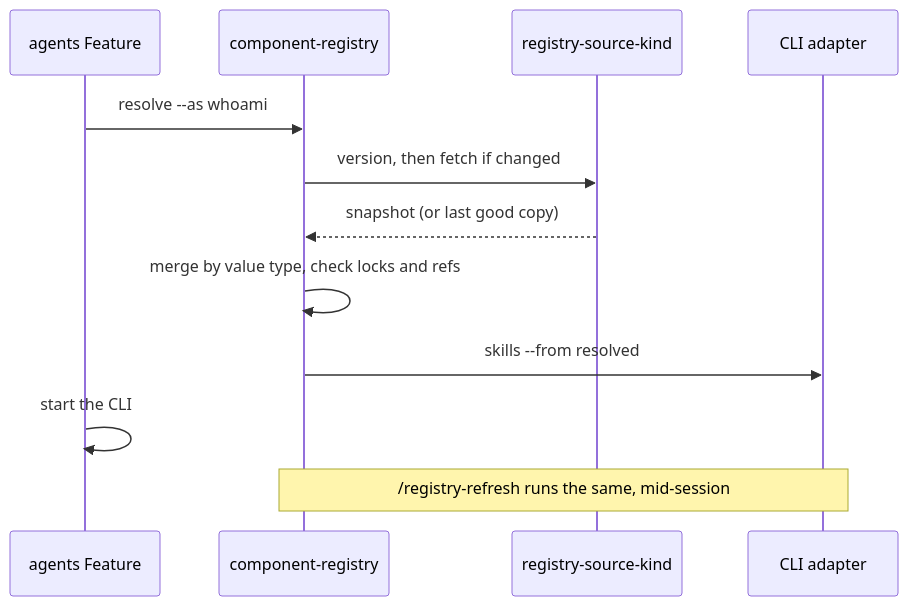
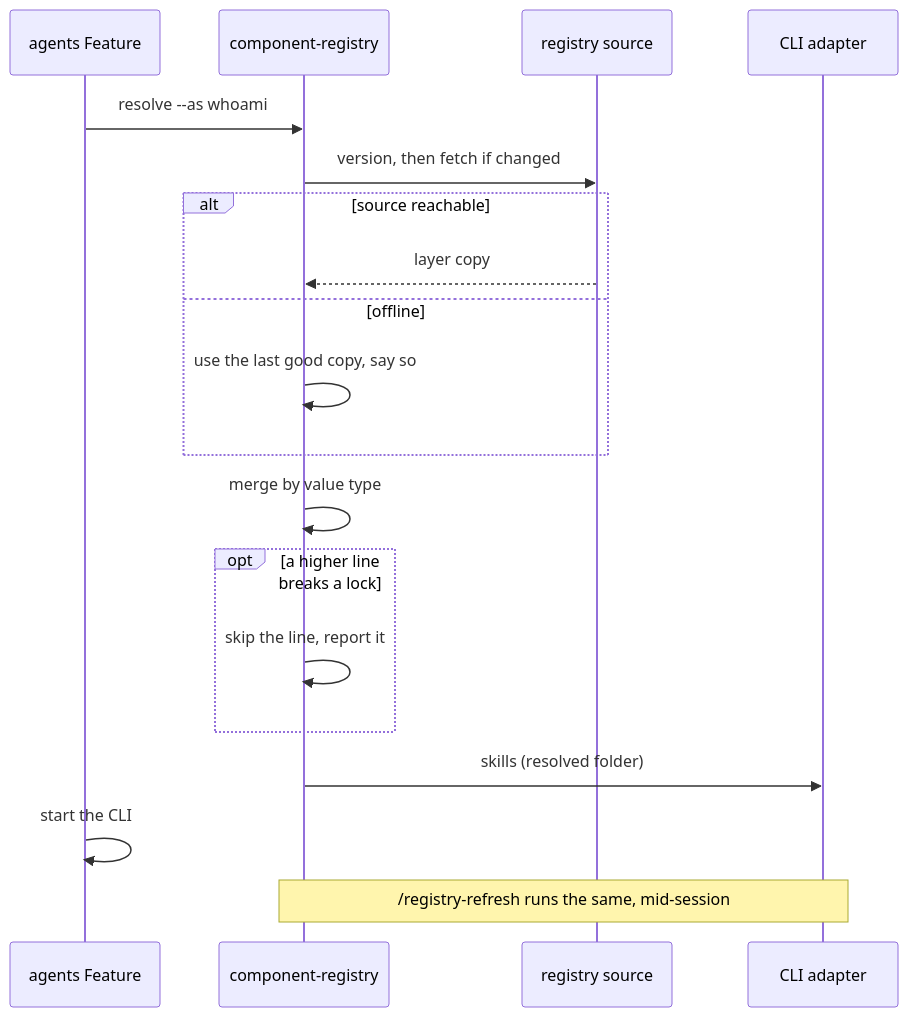
The third of 7 diagrams in docs/proposals/component-registry.md (nabil-becker/devcontainer-features), drawn with Mermaid before and after one commit. The commit also changed other lines of this file and 2 other files, not shown here.

First line of the commit message:
docs(proposals): apply the architecture review and the Operator's rulings to the component registry (layered-skills-proposal)

````diff
--- a/docs/proposals/component-registry.md
+++ b/docs/proposals/component-registry.md
@@ -251,14 +343,21 @@
 ```mermaid
 sequenceDiagram
   participant A as agents Feature
   participant R as component-registry
-  participant S as registry-source-kind
+  participant S as registry source
   participant C as CLI adapter
   A->>R: resolve --as whoami
   R->>S: version, then fetch if changed
-  S-->>R: snapshot (or last good copy)
-  R->>R: merge by value type, check locks and refs
-  R->>C: skills --from resolved
+  alt source reachable
+    S-->>R: layer copy
+  else offline
+    R->>R: use the last good copy, say so
+  end
+  R->>R: merge by value type
+  opt a higher line breaks a lock
+    R->>R: skip the line, report it
+  end
+  R->>C: skills (resolved folder)
   A->>A: start the CLI
   Note over R,C: /registry-refresh runs the same, mid-session
 ```
````
